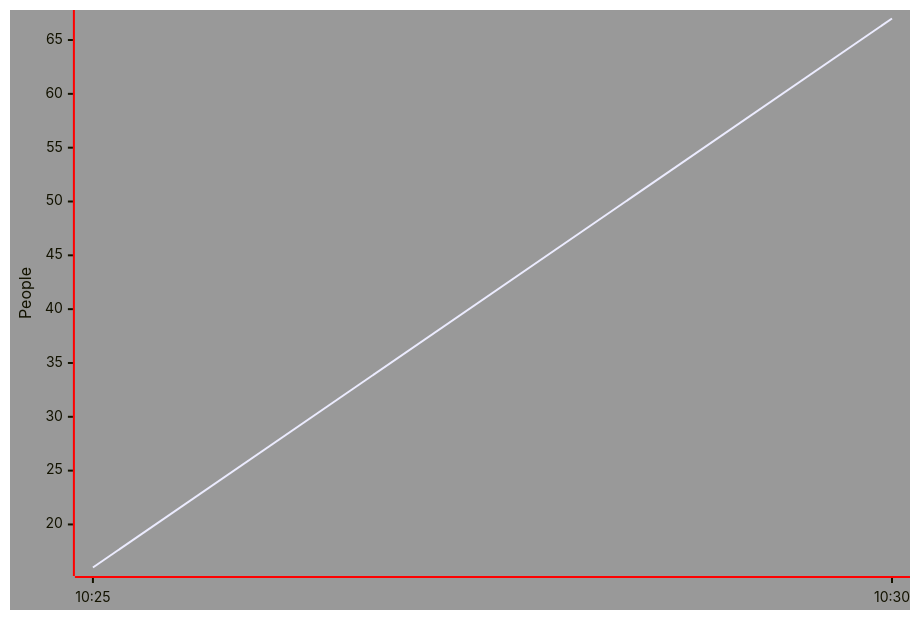
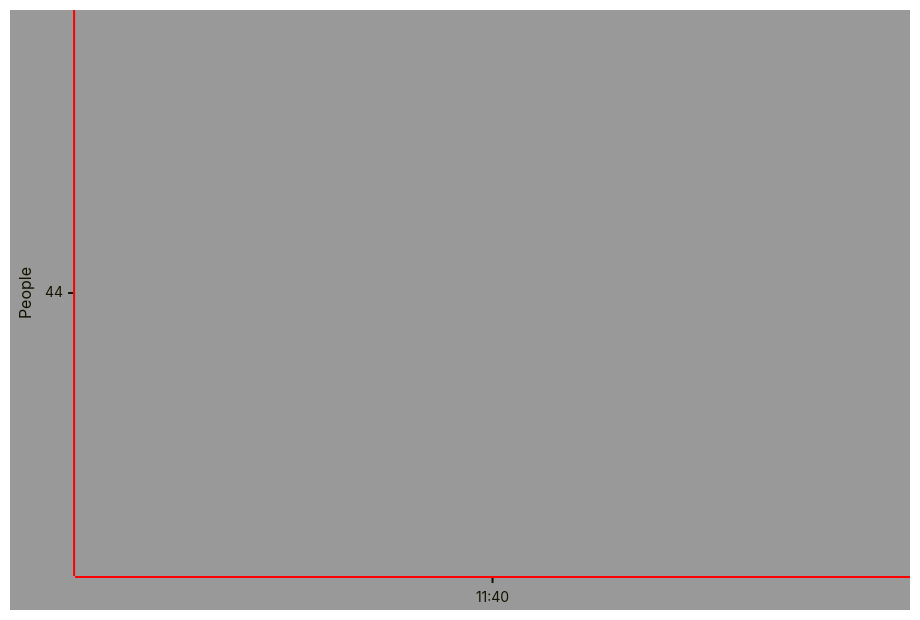
The diagram in graphs/metric_last_hour.md (a-lalin/schwimmbad-metrics), drawn with Mermaid before and after one commit.

Commit message:
Update chart for 2026-02-03 12

````diff
--- a/graphs/metric_last_hour.md
+++ b/graphs/metric_last_hour.md
@@ -1,21 +1,21 @@
 ```mermaid
 ---
 config: 
   xyChart: 
     width: 900 
     height: 600 
     showDataLabel: true
     showTitle: false
   themeVariables: 
     xyChart:
       backgroundColor: "#999999"
       titleColor: "#ff0000"
       xAxisLineColor: "#ff0000"
       yAxisLineColor: "#ff0000"
 ---
 xychart-beta
   title "Stadthallenbad"
-  x-axis ["10:25", "10:30"]
+  x-axis ["11:40"]
   y-axis "People"
-  line [16, 67]
+  line [44]
 ```
````
